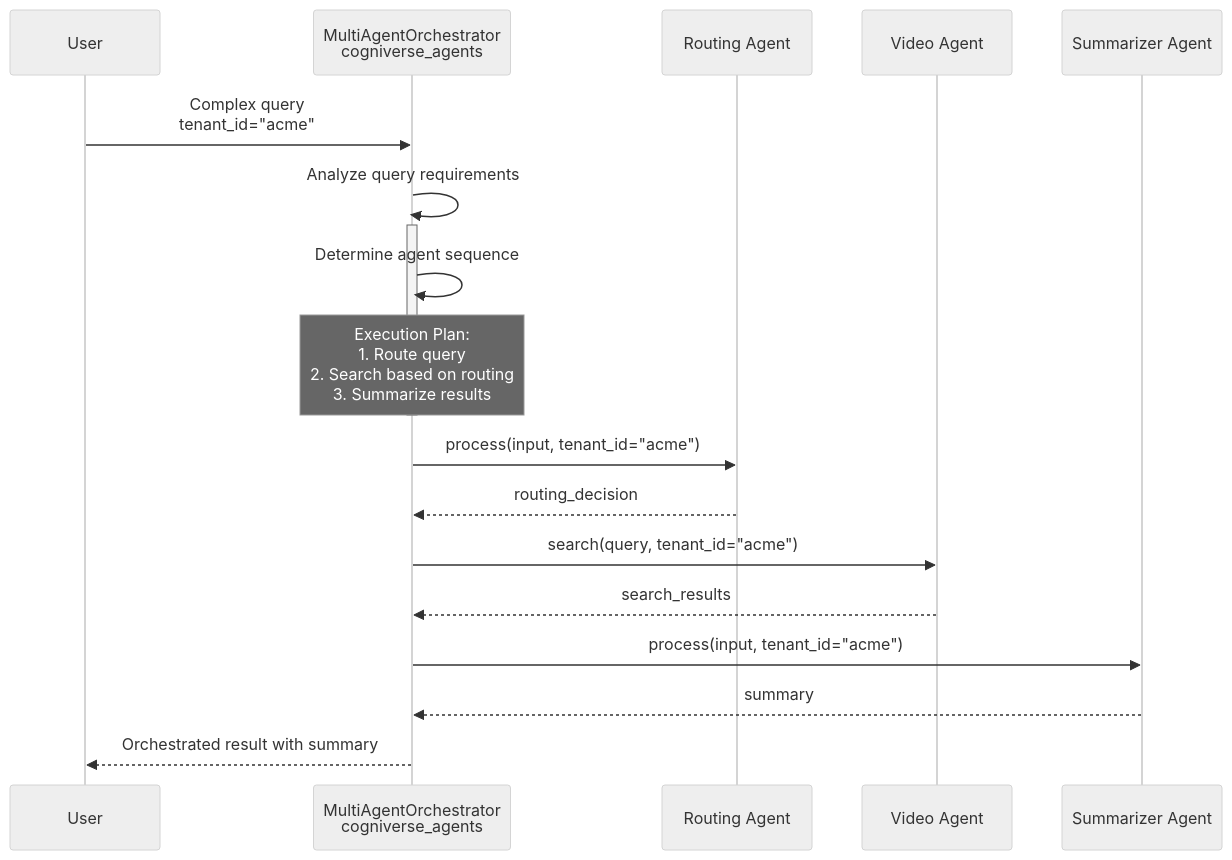
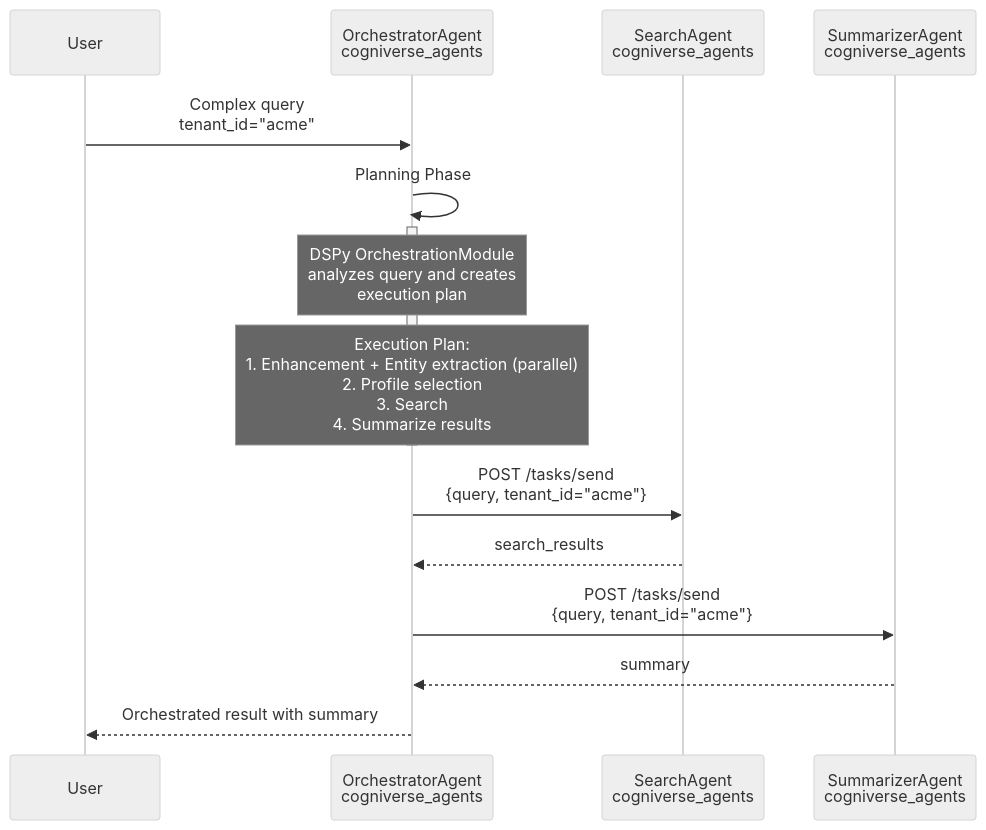
One commit to amit-jain/cogniverse changed the sixth of 24 diagrams in docs/architecture/system-flows.md. Above: the diagram before and after it, drawn with Mermaid (neutral theme). The commit also changed other lines of this file and 137 other files, not shown here.

First line of the commit message:
Refactor agents to tenant-agnostic startup with per-request tenant routing

````diff
--- a/docs/architecture/system-flows.md
+++ b/docs/architecture/system-flows.md
@@ -258,27 +244,23 @@
 ```mermaid
 sequenceDiagram
     participant User
-    participant Orchestrator as MultiAgentOrchestrator<br/>cogniverse_agents
-    participant Routing as Routing Agent
-    participant VideoAgent as Video Agent
-    participant Summarizer as Summarizer Agent
+    participant Orchestrator as OrchestratorAgent<br/>cogniverse_agents
+    participant SearchAgent as SearchAgent<br/>cogniverse_agents
+    participant Summarizer as SummarizerAgent<br/>cogniverse_agents
 
     User->>Orchestrator: Complex query<br/>tenant_id="acme"
 
-    Orchestrator->>Orchestrator: Analyze query requirements
+    Orchestrator->>Orchestrator: Planning Phase
     activate Orchestrator
-    Orchestrator->>Orchestrator: Determine agent sequence
-    Note over Orchestrator: Execution Plan:<br/>1. Route query<br/>2. Search based on routing<br/>3. Summarize results
+    Note over Orchestrator: DSPy OrchestrationModule<br/>analyzes query and creates<br/>execution plan
+    Note over Orchestrator: Execution Plan:<br/>1. Enhancement + Entity extraction (parallel)<br/>2. Profile selection<br/>3. Search<br/>4. Summarize results
     deactivate Orchestrator
 
-    Orchestrator->>Routing: process(input, tenant_id="acme")
-    Routing-->>Orchestrator: routing_decision
+    Orchestrator->>SearchAgent: POST /tasks/send<br/>{query, tenant_id="acme"}
+    SearchAgent-->>Orchestrator: search_results
 
-    Orchestrator->>VideoAgent: search(query, tenant_id="acme")
-    VideoAgent-->>Orchestrator: search_results
-
-    Orchestrator->>Summarizer: process(input, tenant_id="acme")
+    Orchestrator->>Summarizer: POST /tasks/send<br/>{query, tenant_id="acme"}
     Summarizer-->>Orchestrator: summary
 
     Orchestrator-->>User: Orchestrated result with summary
 ```
````
